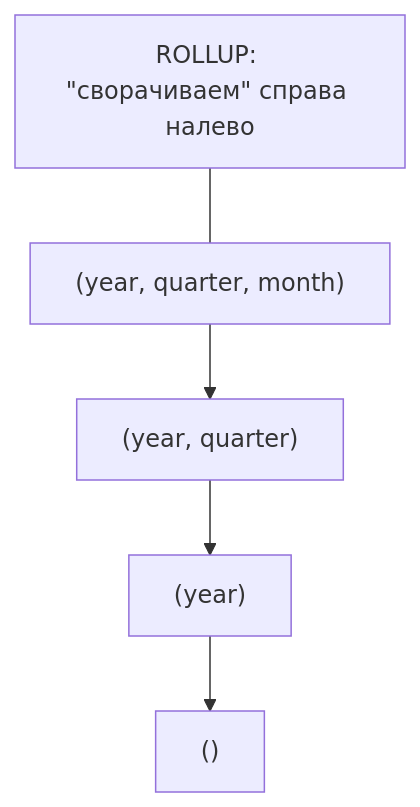
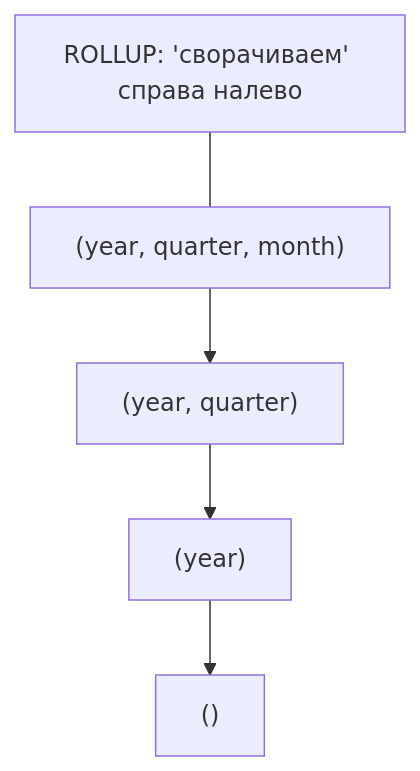
The sixth of 7 diagrams in directions/cs_fundamentals/db/pact/02_sql_osnovy/05_9_agregatsiya.md (DDoSKudya/ai-study-atlas), drawn with Mermaid before and after one commit. The commit also changed other lines of this file and 81 other files, not shown here.

Commit message:
fix(docs): make mermaid diagrams GitHub-compatible across directions content

````diff
--- a/directions/cs_fundamentals/db/pact/02_sql_osnovy/05_9_agregatsiya.md
+++ b/directions/cs_fundamentals/db/pact/02_sql_osnovy/05_9_agregatsiya.md
@@ -423,7 +423,7 @@
 ```mermaid
 flowchart TB
   R1["(year, quarter, month)"] --> R2["(year, quarter)"]
   R2 --> R3["(year)"]
   R3 --> R4["()"]
-  NoteR["ROLLUP: #quot;сворачиваем#quot; справа налево"] --- R1
+  NoteR["ROLLUP: 'сворачиваем' справа налево"] --- R1
 ```
````
